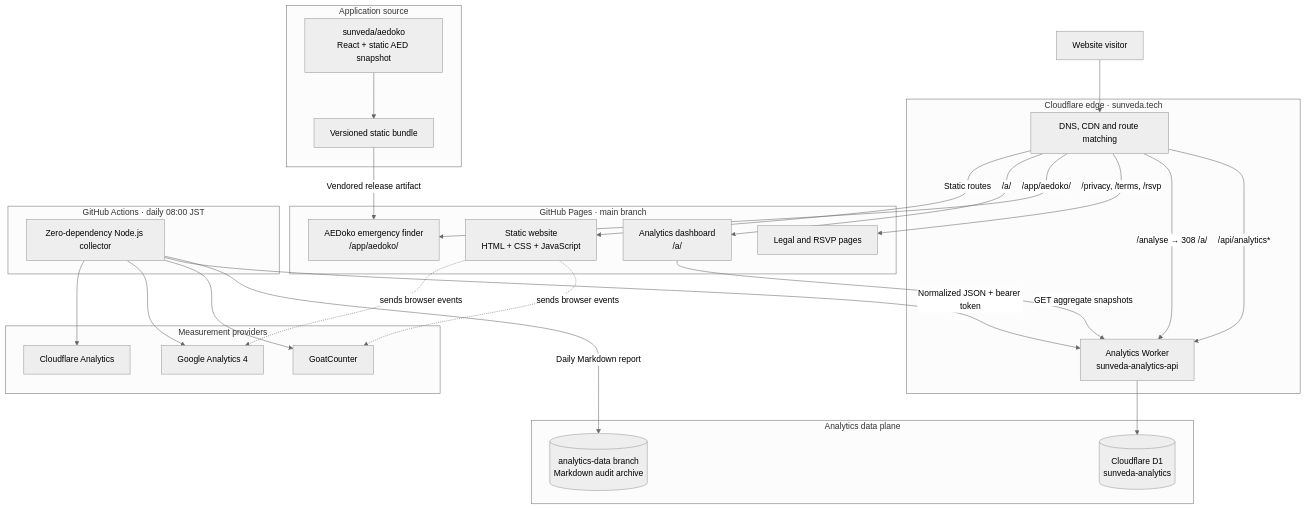
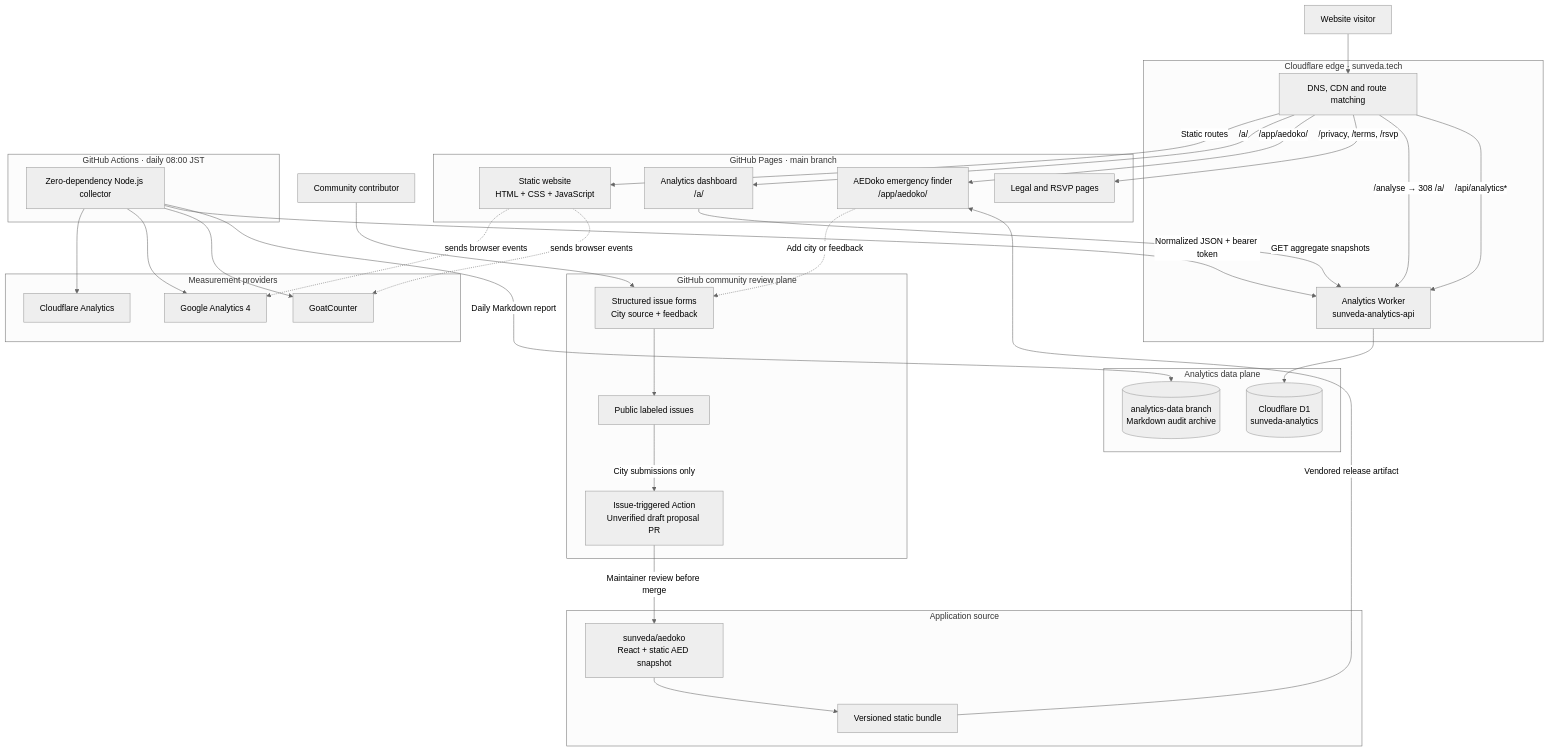
Before and after one commit to sunveda/sunveda.tech: the first of 2 diagrams in README.md, drawn with Mermaid (neutral theme). The commit also changed other lines of this file and 5 other files, not shown here.

Commit message:
Publish AEDoko community contribution flow

````diff
--- a/README.md
+++ b/README.md
@@ -14,57 +14,69 @@
 ```mermaid
 flowchart TB
   visitor[Website visitor]
+  contributor[Community contributor]
 
   subgraph edge[Cloudflare edge · sunveda.tech]
     cf[DNS, CDN and route matching]
     worker[Analytics Worker<br/>sunveda-analytics-api]
   end
 
   subgraph static[GitHub Pages · main branch]
     site[Static website<br/>HTML + CSS + JavaScript]
     dashboard[Analytics dashboard<br/>/a/]
     aedoko[AEDoko emergency finder<br/>/app/aedoko/]
     pages[Legal and RSVP pages]
   end
 
   subgraph appsource[Application source]
     aedrepo[sunveda/aedoko<br/>React + static AED snapshot]
     aedbuild[Versioned static bundle]
+  end
+
+  subgraph community[GitHub community review plane]
+    forms[Structured issue forms<br/>City source + feedback]
+    issues[Public labeled issues]
+    proposal[Issue-triggered Action<br/>Unverified draft proposal PR]
   end
 
   subgraph data[Analytics data plane]
     d1[(Cloudflare D1<br/>sunveda-analytics)]
     archive[(analytics-data branch<br/>Markdown audit archive)]
   end
 
   subgraph providers[Measurement providers]
     cfa[Cloudflare Analytics]
     ga[Google Analytics 4]
     goat[GoatCounter]
   end
 
   subgraph automation[GitHub Actions · daily 08:00 JST]
     collector[Zero-dependency Node.js collector]
   end
 
   visitor --> cf
   cf -->|Static routes| site
   cf -->|/a/| dashboard
   cf -->|/app/aedoko/| aedoko
   cf -->|/privacy, /terms, /rsvp| pages
   cf -->|/analyse → 308 /a/| worker
   cf -->|/api/analytics*| worker
   dashboard -->|GET aggregate snapshots| worker
   worker --> d1
 
   aedrepo --> aedbuild
   aedbuild -->|Vendored release artifact| aedoko
+  aedoko -. Add city or feedback .-> forms
+  contributor --> forms
+  forms --> issues
+  issues -->|City submissions only| proposal
+  proposal -->|Maintainer review before merge| aedrepo
 
   site -. sends browser events .-> ga
   site -. sends browser events .-> goat
   collector --> cfa
   collector --> ga
   collector --> goat
   collector -->|Normalized JSON + bearer token| worker
   collector -->|Daily Markdown report| archive
 ```
````
